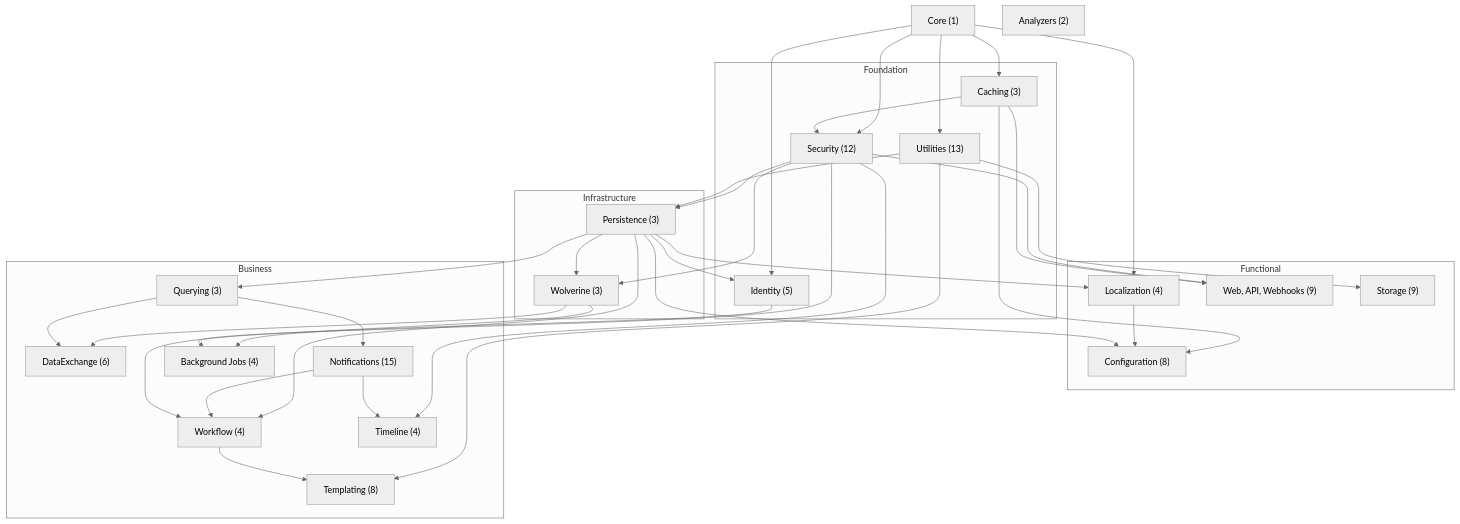
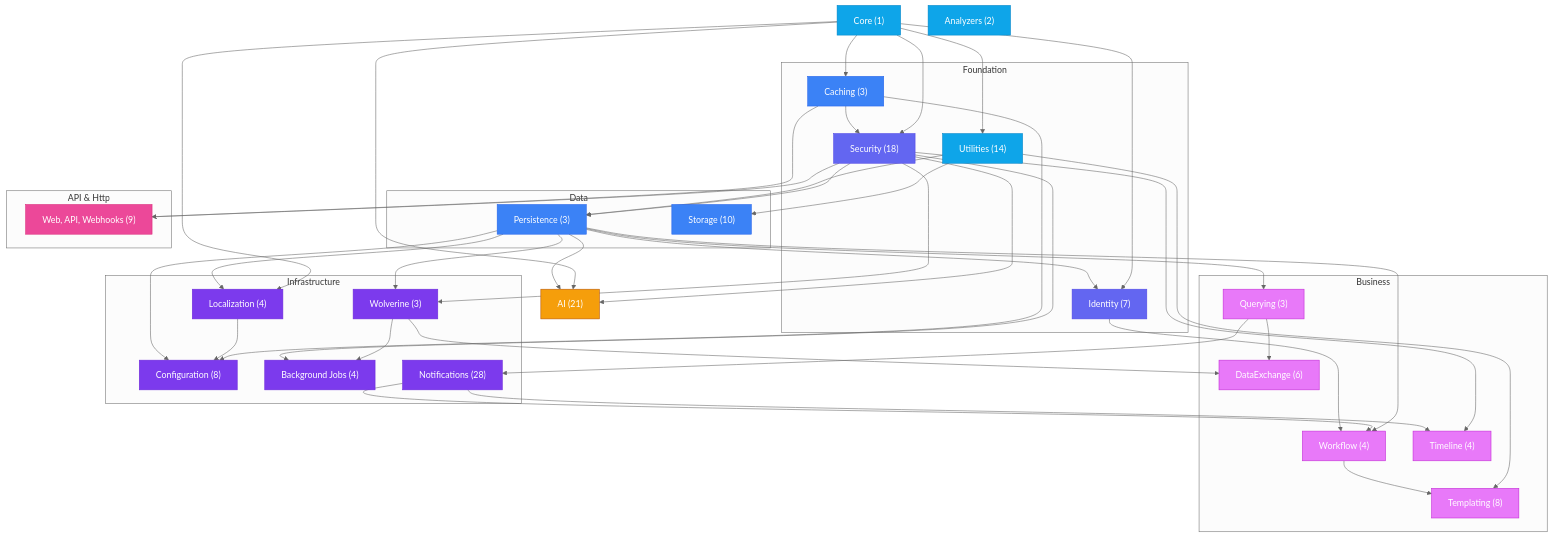
Before and after one commit to granit-fx/granit-dotnet: the first of 6 diagrams in docs-site/src/content/docs/dotnet/architecture/dependency-graph.md, drawn with Mermaid (neutral theme). The commit also changed other lines of this file and 8 other files, not shown here.

First line of the commit message:
docs(arch): update dependency graph, tech stack, http-conventions, and add AI patterns

````diff
--- a/docs-site/src/content/docs/dotnet/architecture/dependency-graph.md
+++ b/docs-site/src/content/docs/dotnet/architecture/dependency-graph.md
@@ -26,37 +26,49 @@
 ```mermaid
 flowchart TD
-    CORE["Core (1)"]
+    classDef core     fill:#0ea5e9,stroke:#0284c7,color:#fff
+    classDef dataLyr  fill:#3b82f6,stroke:#2563eb,color:#fff
+    classDef security fill:#6366f1,stroke:#4f46e5,color:#fff
+    classDef api      fill:#ec4899,stroke:#db2777,color:#fff
+    classDef infra    fill:#7c3aed,stroke:#6d28d9,color:#fff
+    classDef business fill:#e879f9,stroke:#c026d3,color:#fff
+    classDef ai       fill:#f59e0b,stroke:#b45309,color:#fff
+
+    CORE["Core (1)"]:::core
 
     subgraph Foundation
-        UTILS["Utilities (13)"]
-        SEC["Security (12)"]
-        CACHE["Caching (3)"]
-        IDENT["Identity (5)"]
+        UTILS["Utilities (14)"]:::core
+        SEC["Security (18)"]:::security
+        CACHE["Caching (3)"]:::dataLyr
+        IDENT["Identity (7)"]:::security
+    end
+
+    subgraph Data
+        PERS["Persistence (3)"]:::dataLyr
+        STORAGE["Storage (10)"]:::dataLyr
     end
 
     subgraph Infrastructure
-        PERS["Persistence (3)"]
-        WOL["Wolverine (3)"]
+        WOL["Wolverine (3)"]:::infra
+        LOC["Localization (4)"]:::infra
+        CONFIG["Configuration (8)"]:::infra
+        JOBS["Background Jobs (4)"]:::infra
+        NOTIF["Notifications (28)"]:::infra
     end
 
-    subgraph Functional
-        LOC["Localization (4)"]
-        WEB["Web, API, Webhooks (9)"]
-        CONFIG["Configuration (8)"]
-        STORAGE["Storage (9)"]
+    subgraph API["API & Http"]
+        WEB["Web, API, Webhooks (9)"]:::api
     end
 
     subgraph Business
-        TMPL["Templating (8)"]
-        QRY["Querying (3)"]
-        DX["DataExchange (6)"]
-        WF["Workflow (4)"]
-        NOTIF["Notifications (15)"]
-        TL["Timeline (4)"]
-        JOBS["Background Jobs (4)"]
+        TMPL["Templating (8)"]:::business
+        QRY["Querying (3)"]:::business
+        DX["DataExchange (6)"]:::business
+        WF["Workflow (4)"]:::business
+        TL["Timeline (4)"]:::business
     end
 
-    ANLZ["Analyzers (2)"]
+    AI["AI (21)"]:::ai
+    ANLZ["Analyzers (2)"]:::core
 
     CORE --> UTILS
     CORE --> SEC
@@ -93,4 +105,8 @@
     NOTIF --> WF
     NOTIF --> TL
     IDENT --> WF
+
+    CORE --> AI
+    PERS --> AI
+    SEC --> AI
 ```
````
